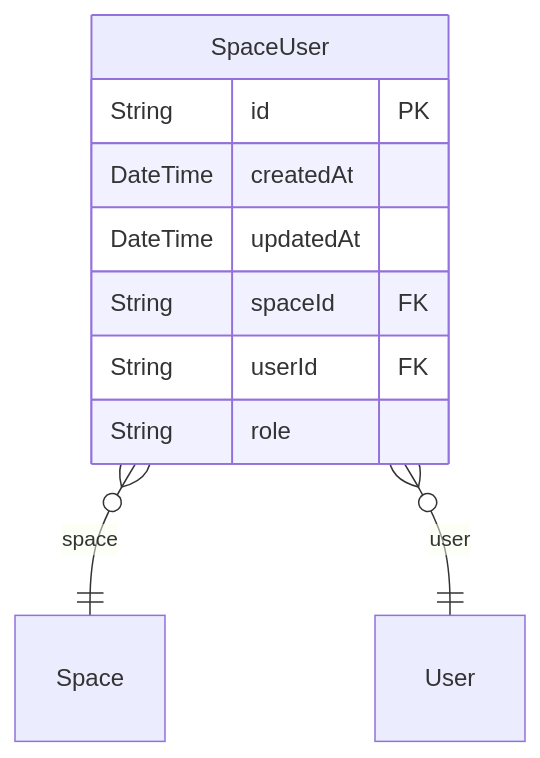
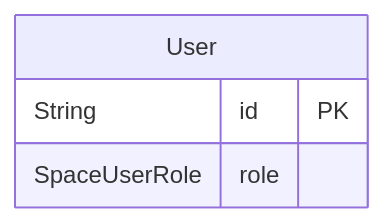
One commit to jiashengguo/zenstack changed the diagram in packages/plugins/zenstack-md/zmodel.md. Above: the diagram before and after it, drawn with Mermaid. The commit also changed other lines of this file and 4 other files, not shown here.

````diff
--- a/packages/plugins/zenstack-md/zmodel.md
+++ b/packages/plugins/zenstack-md/zmodel.md
@@ -39,13 +8,8 @@
 ```mermaid
 erDiagram
-"SpaceUser" {
+"User" {
   String id PK 
-  DateTime createdAt  
-  DateTime updatedAt  
-  String spaceId FK 
-  String userId FK 
-  String role  
+  SpaceUserRole role  
 }
-"SpaceUser" }o--|| "Space": space
-"SpaceUser" }o--|| "User": user
+
 ```
````
